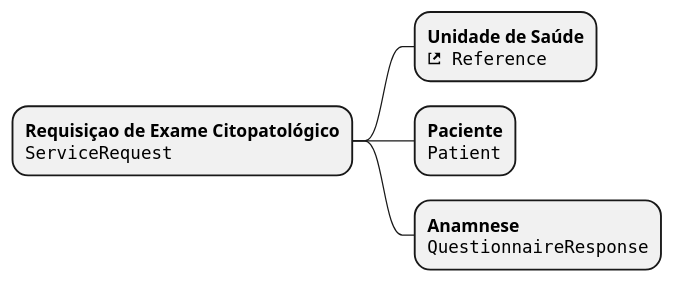
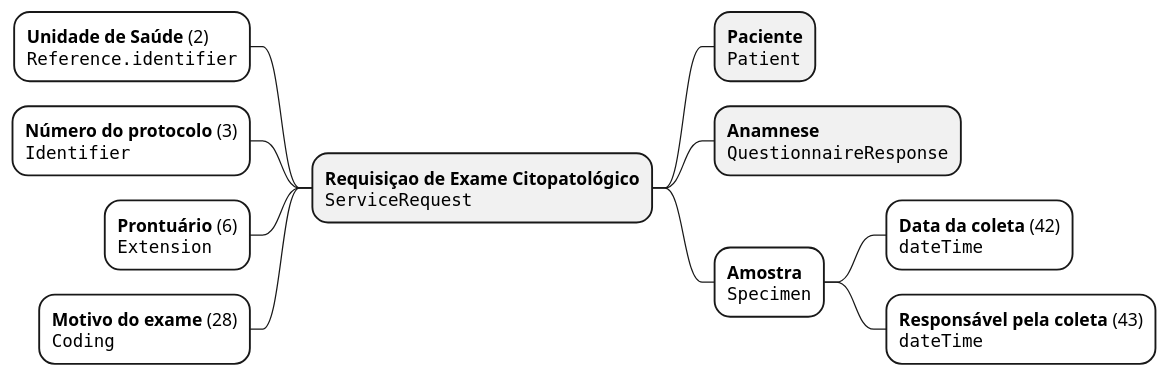
The diagram in input/images-source/requisicao.plantuml (kyriosdata/farol), drawn with PlantUML before and after one commit. The commit also changed 3 other files, not shown here.

```diff
--- a/input/images-source/requisicao.plantuml
+++ b/input/images-source/requisicao.plantuml
@@ -1,8 +1,14 @@
 @startmindmap requisicao
 
 + **Requisiçao de Exame Citopatológico**\n""ServiceRequest""
-++ **Unidade de Saúde**\n<&external-link>"" Reference""
+--[#White] **Unidade de Saúde** (2)\n""Reference.identifier""
+--[#White] **Número do protocolo** (3)\n""Identifier""
+--[#White] **Prontuário** (6)\n""Extension""
+--[#White] **Motivo do exame** (28)\n""Coding""
 ++ **Paciente**\n""Patient""
 ++ **Anamnese**\n""QuestionnaireResponse""
+++[#White] **Amostra**\n""Specimen""
++++[#White] **Data da coleta** (42)\n""dateTime""
++++[#White] **Responsável pela coleta** (43)\n""dateTime""
 
 @enduml
```
